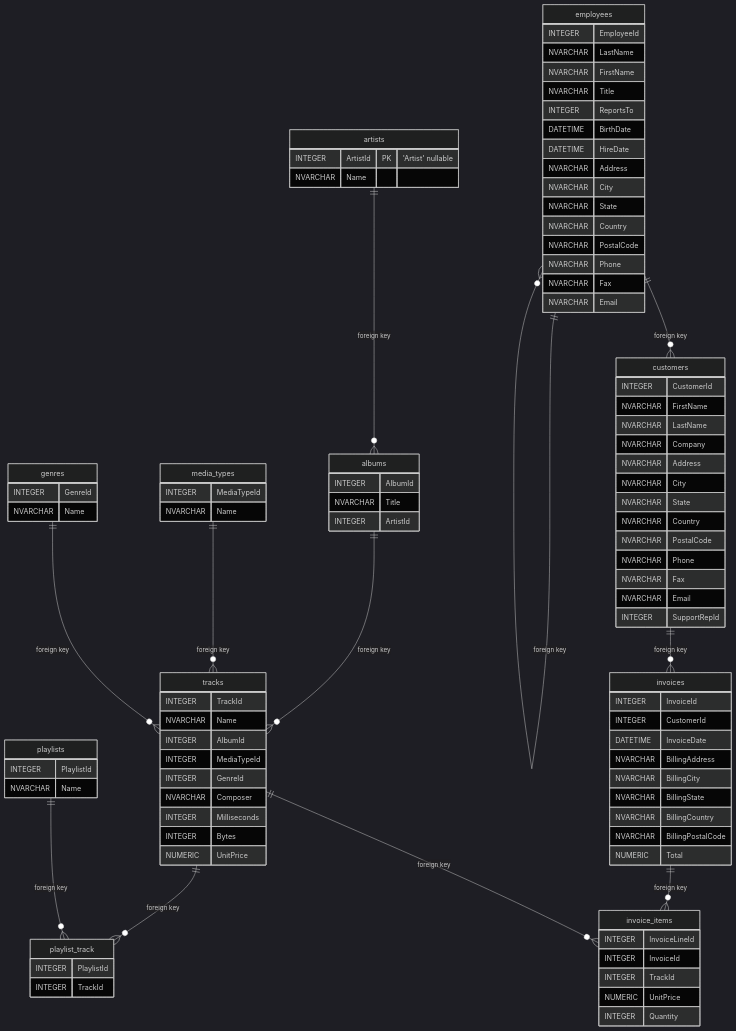
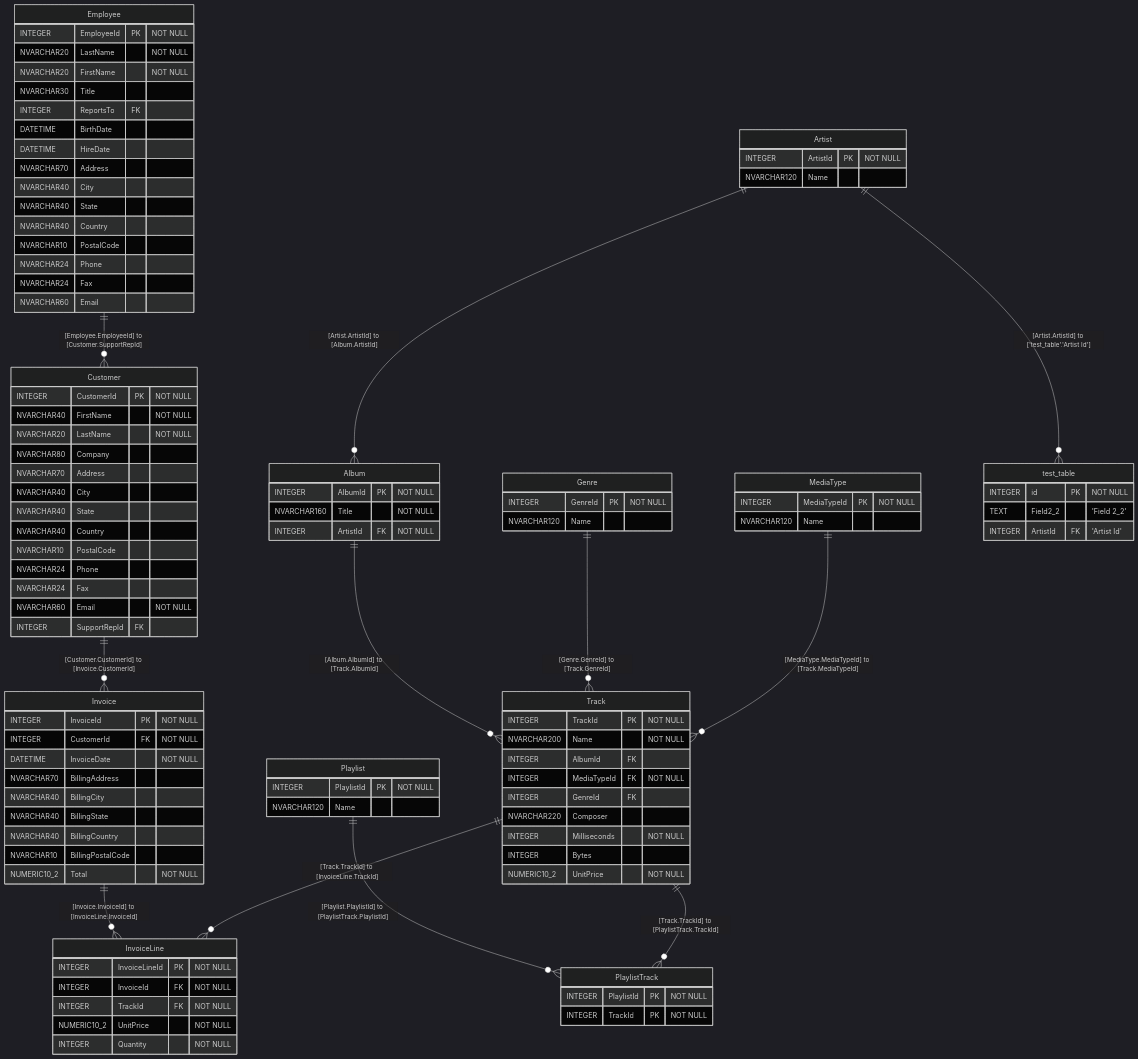
Before and after one commit to Software-Developers-IRL/Little-Mermaid-2-The-SQL: the second of 2 diagrams in samples/chinook-database-2.0.1.md, drawn with Mermaid (dark theme).

Commit message:
new example source

````diff
--- a/samples/chinook-database-2.0.1.md
+++ b/samples/chinook-database-2.0.1.md
@@ -10,121 +10,126 @@
 ```mermaid
 erDiagram
 
-  artists {
-    INTEGER ArtistId PK "'Artist' nullable"
-    NVARCHAR Name
+  Artist {
+    INTEGER ArtistId PK "NOT NULL"
+    NVARCHAR120 Name
   }
 
-  employees {
-    INTEGER EmployeeId
-    NVARCHAR LastName
-    NVARCHAR FirstName
-    NVARCHAR Title
-    INTEGER ReportsTo
+  Employee {
+    INTEGER EmployeeId PK "NOT NULL"
+    NVARCHAR20 LastName "NOT NULL"
+    NVARCHAR20 FirstName "NOT NULL"
+    NVARCHAR30 Title
+    INTEGER ReportsTo FK
     DATETIME BirthDate
     DATETIME HireDate
-    NVARCHAR Address
-    NVARCHAR City
-    NVARCHAR State
-    NVARCHAR Country
-    NVARCHAR PostalCode
-    NVARCHAR Phone
-    NVARCHAR Fax
-    NVARCHAR Email
+    NVARCHAR70 Address
+    NVARCHAR40 City
+    NVARCHAR40 State
+    NVARCHAR40 Country
+    NVARCHAR10 PostalCode
+    NVARCHAR24 Phone
+    NVARCHAR24 Fax
+    NVARCHAR60 Email
   }
 
-  genres {
-    INTEGER GenreId
-    NVARCHAR Name
+  Genre {
+    INTEGER GenreId PK "NOT NULL"
+    NVARCHAR120 Name
   }
 
-  media_types {
-    INTEGER MediaTypeId
-    NVARCHAR Name
+  MediaType {
+    INTEGER MediaTypeId PK "NOT NULL"
+    NVARCHAR120 Name
   }
 
-  playlists {
-    INTEGER PlaylistId
-    NVARCHAR Name
+  Playlist {
+    INTEGER PlaylistId PK "NOT NULL"
+    NVARCHAR120 Name
   }
 
-  albums {
-    INTEGER AlbumId
-    NVARCHAR Title
-    INTEGER ArtistId
+  Album {
+    INTEGER AlbumId PK "NOT NULL"
+    NVARCHAR160 Title "NOT NULL"
+    INTEGER ArtistId FK "NOT NULL"
   }
 
-  customers {
-    INTEGER CustomerId
-    NVARCHAR FirstName
-    NVARCHAR LastName
-    NVARCHAR Company
-    NVARCHAR Address
-    NVARCHAR City
-    NVARCHAR State
-    NVARCHAR Country
-    NVARCHAR PostalCode
-    NVARCHAR Phone
-    NVARCHAR Fax
-    NVARCHAR Email
-    INTEGER SupportRepId
+  Customer {
+    INTEGER CustomerId PK "NOT NULL"
+    NVARCHAR40 FirstName "NOT NULL"
+    NVARCHAR20 LastName "NOT NULL"
+    NVARCHAR80 Company
+    NVARCHAR70 Address
+    NVARCHAR40 City
+    NVARCHAR40 State
+    NVARCHAR40 Country
+    NVARCHAR10 PostalCode
+    NVARCHAR24 Phone
+    NVARCHAR24 Fax
+    NVARCHAR60 Email "NOT NULL"
+    INTEGER SupportRepId FK
   }
 
-  invoices {
-    INTEGER InvoiceId
-    INTEGER CustomerId
-    DATETIME InvoiceDate
-    NVARCHAR BillingAddress
-    NVARCHAR BillingCity
-    NVARCHAR BillingState
-    NVARCHAR BillingCountry
-    NVARCHAR BillingPostalCode
-    NUMERIC Total
+  test_table {
+    INTEGER id PK "NOT NULL"
+    TEXT Field2_2 "'Field 2_2'"
+    INTEGER ArtistId FK "'Artist Id'"
   }
 
-  tracks {
-    INTEGER TrackId
-    NVARCHAR Name
-    INTEGER AlbumId
-    INTEGER MediaTypeId
-    INTEGER GenreId
-    NVARCHAR Composer
-    INTEGER Milliseconds
-    INTEGER Bytes
-    NUMERIC UnitPrice
+  Invoice {
+    INTEGER InvoiceId PK "NOT NULL"
+    INTEGER CustomerId FK "NOT NULL"
+    DATETIME InvoiceDate "NOT NULL"
+    NVARCHAR70 BillingAddress
+    NVARCHAR40 BillingCity
+    NVARCHAR40 BillingState
+    NVARCHAR40 BillingCountry
+    NVARCHAR10 BillingPostalCode
+    NUMERIC10_2 Total "NOT NULL"
   }
 
-  invoice_items {
-    INTEGER InvoiceLineId
-    INTEGER InvoiceId
-    INTEGER TrackId
-    NUMERIC UnitPrice
-    INTEGER Quantity
+  Track {
+    INTEGER TrackId PK "NOT NULL"
+    NVARCHAR200 Name "NOT NULL"
+    INTEGER AlbumId FK
+    INTEGER MediaTypeId FK "NOT NULL"
+    INTEGER GenreId FK
+    NVARCHAR220 Composer
+    INTEGER Milliseconds "NOT NULL"
+    INTEGER Bytes
+    NUMERIC10_2 UnitPrice "NOT NULL"
   }
 
-  playlist_track {
-    INTEGER PlaylistId
-    INTEGER TrackId
+  InvoiceLine {
+    INTEGER InvoiceLineId PK "NOT NULL"
+    INTEGER InvoiceId FK "NOT NULL"
+    INTEGER TrackId FK "NOT NULL"
+    NUMERIC10_2 UnitPrice "NOT NULL"
+    INTEGER Quantity "NOT NULL"
   }
 
-  artists ||--o{ albums : "foreign key"
+  PlaylistTrack {
+    INTEGER PlaylistId PK "NOT NULL"
+    INTEGER TrackId PK "NOT NULL"
+  }
 
-  employees ||--o{ customers : "foreign key"
-  employees ||--o{ employees : "foreign key"
+  Artist ||--o{ Album : "[Artist.ArtistId] to [Album.ArtistId]"
 
-  genres ||--o{ tracks : "foreign key"
+  Employee ||--o{ Customer : "[Employee.EmployeeId] to [Customer.SupportRepId]"
 
-  media_types ||--o{ tracks : "foreign key"
+  Artist ||--o{ test_table : "[Artist.ArtistId] to ['test_table'.'Artist Id']"
 
-  playlists ||--o{ playlist_track : "foreign key"
+  Customer ||--o{ Invoice : "[Customer.CustomerId] to [Invoice.CustomerId]"
 
-  albums ||--o{ tracks : "foreign key"
+  Album ||--o{ Track : "[Album.AlbumId] to [Track.AlbumId]"
+  Genre ||--o{ Track : "[Genre.GenreId] to [Track.GenreId]"
+  MediaType ||--o{ Track : "[MediaType.MediaTypeId] to [Track.MediaTypeId]"
 
-  customers ||--o{ invoices : "foreign key"
+  Invoice ||--o{ InvoiceLine : "[Invoice.InvoiceId] to [InvoiceLine.InvoiceId]"
+  Track ||--o{ InvoiceLine : "[Track.TrackId] to [InvoiceLine.TrackId]"
 
-  invoices ||--o{ invoice_items : "foreign key"
+  Playlist ||--o{ PlaylistTrack : "[Playlist.PlaylistId] to [PlaylistTrack.PlaylistId]"
+  Track ||--o{ PlaylistTrack : "[Track.TrackId] to [PlaylistTrack.TrackId]"
 
-  tracks ||--o{ invoice_items : "foreign key"
-  tracks ||--o{ playlist_track : "foreign key"
 
 ```
````
